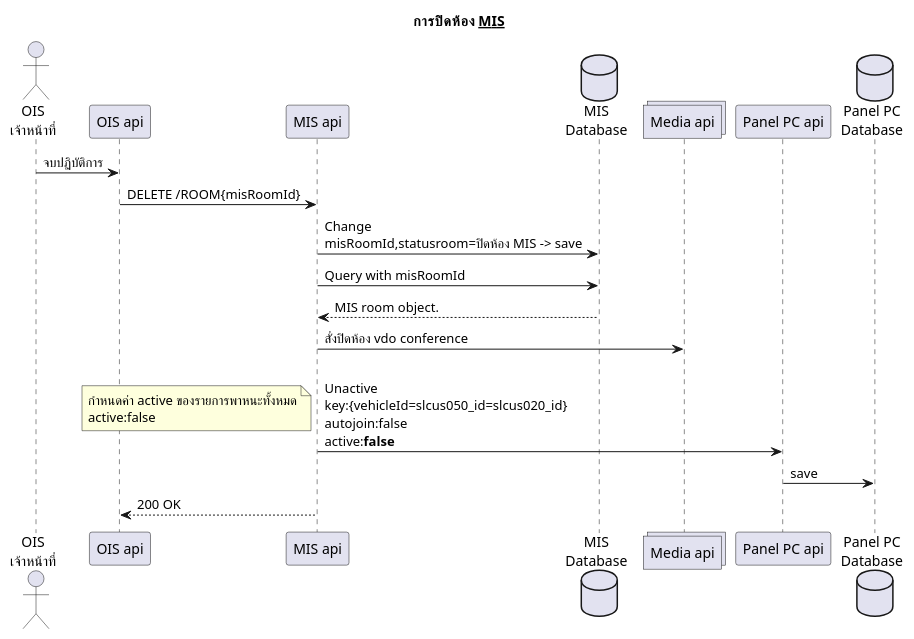
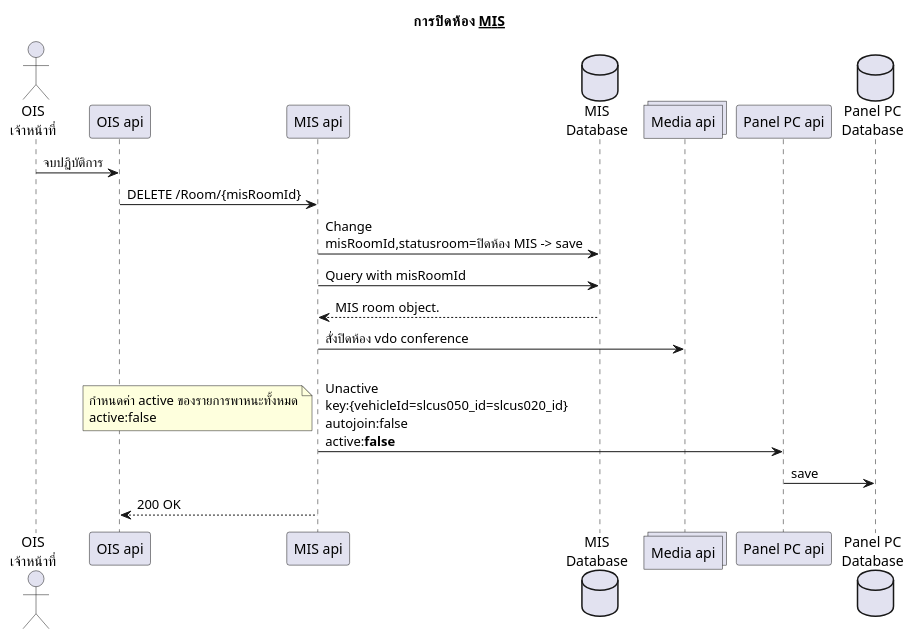
Before and after one commit to lionants02/mis-api-doc: the diagram in uml/new_delete_mis.plantuml, drawn with PlantUML. The commit also changed 3 other files, not shown here.

```diff
--- a/uml/new_delete_mis.plantuml
+++ b/uml/new_delete_mis.plantuml
@@ -1,22 +1,22 @@
 @startuml
 Title การปิดห้อง __MIS__
   actor "OIS\nเจ้าหน้าที่" as OIS
   OIS -> "OIS api": จบปฏิบัติการ
-  "OIS api"-> "MIS api": DELETE /ROOM{misRoomId}
+  "OIS api"-> "MIS api": DELETE /Room/{misRoomId}
 
   database "MIS\nDatabase" as misdb
   "MIS api" -> misdb: Change\nmisRoomId,statusroom=ปิดห้อง MIS -> save
   "MIS api" -> misdb: Query with misRoomId
   "MIS api" <-- misdb: MIS room object.
 
   collections "Media api" as MediaApi
   "MIS api" -> MediaApi: สั่งปิดห้อง vdo conference
 
   "MIS api" -> "Panel PC api": \nUnactive\nkey:{vehicleId=slcus050_id=slcus020_id}\nautojoin:false\nactive:**false**
   note left: กำหนดค่า active ของรายการพาหนะทั้งหมด\nactive:false
   database "Panel PC\nDatabase" as paneldb
   "Panel PC api" -> paneldb: save
 
   "OIS api" <-- "MIS api": 200 OK
 
 @enduml
```
